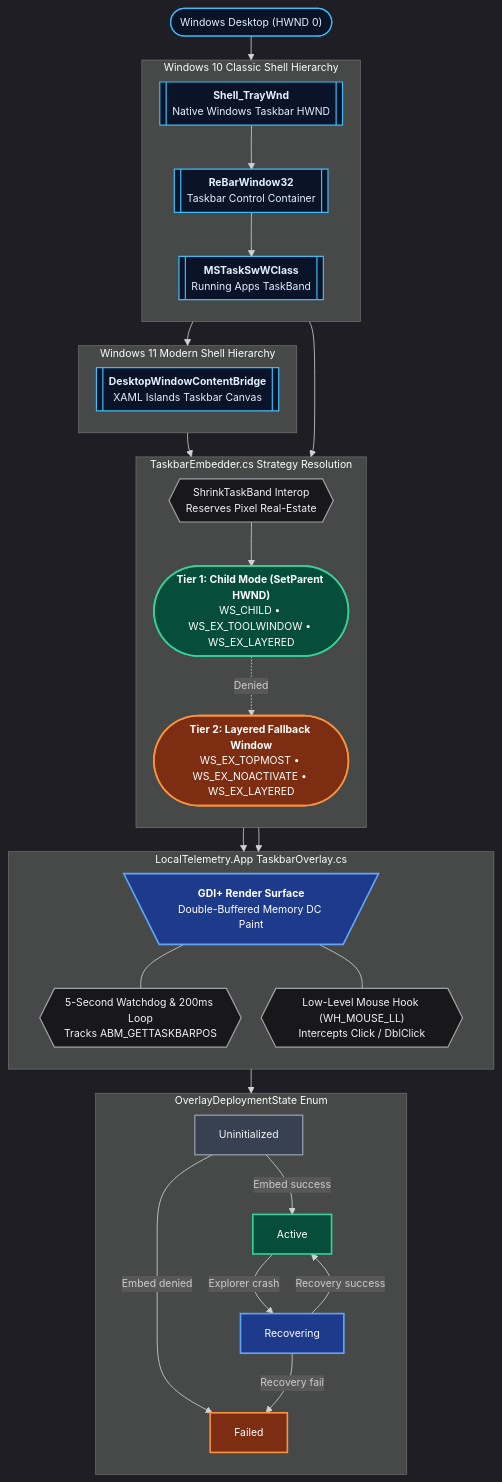
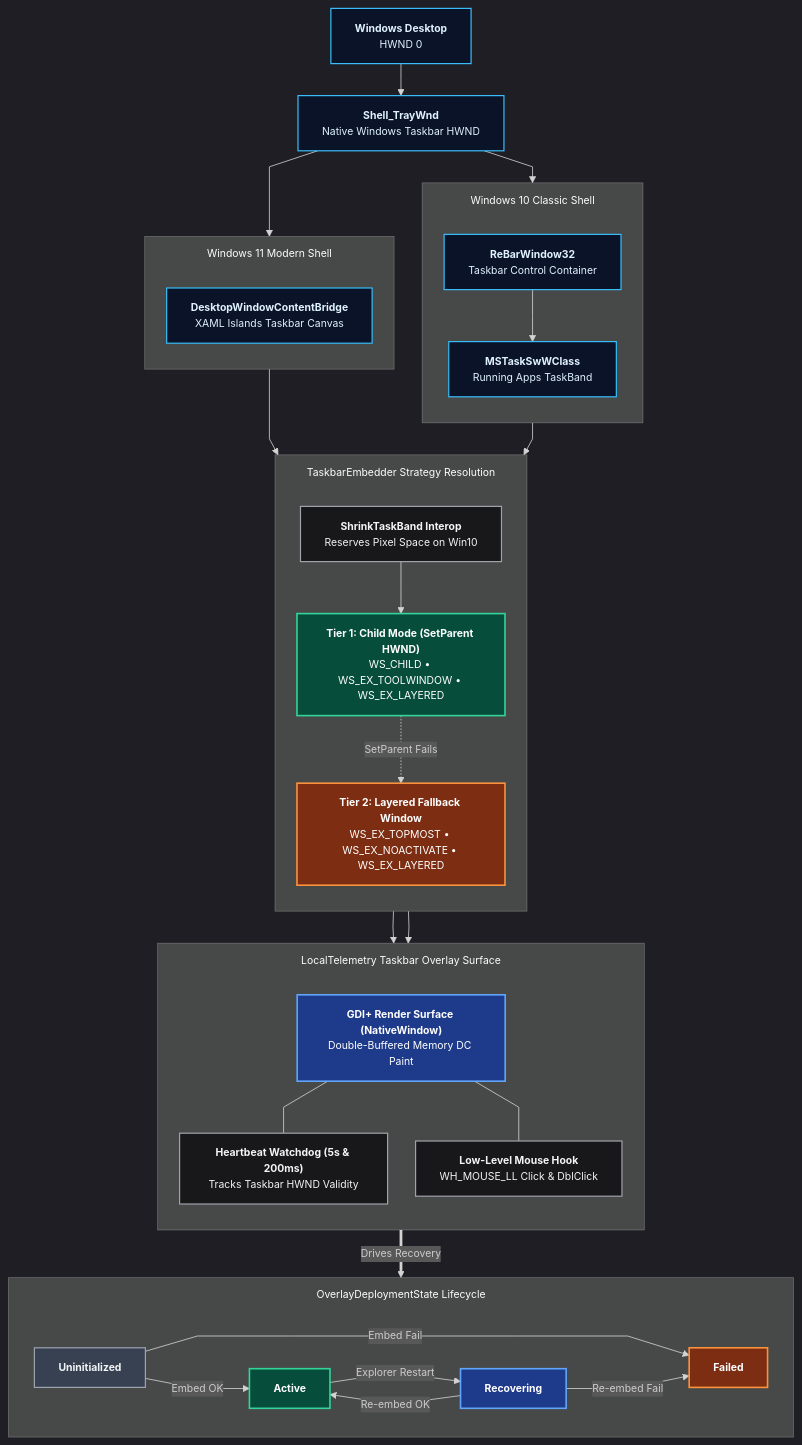
Before and after one commit to Nicconike/LocalTelemetry: the diagram in docs/latest/developer-guide/taskbar-overlay-interop.md, drawn with Mermaid. The commit also changed 89 other files, not shown here.

Commit message:
fix(taskbar): resolve overlay alignment offsets, release workflows, and analyzer issues

````diff
--- a/docs/latest/developer-guide/taskbar-overlay-interop.md
+++ b/docs/latest/developer-guide/taskbar-overlay-interop.md
@@ -9,74 +9,81 @@
 ```mermaid
-%%{init: {'theme': 'dark', 'themeVariables': {'fontSize': '13px'}, 'flowchart': {'nodeSpacing': 25, 'rankSpacing': 30, 'curve': 'basis'}}}%%
+%%{init: {'theme': 'dark', 'themeVariables': {'fontSize': '13px'}, 'flowchart': {'nodeSpacing': 35, 'rankSpacing': 40, 'subGraphTitleMargin': {'top': 12, 'bottom': 20}, 'curve': 'linear'}}}%%
 flowchart TD
-    Desktop(["Windows Desktop (HWND 0)"])
-    Tray[["<b>Shell_TrayWnd</b><br/>Native Windows Taskbar HWND"]]
-    Desktop --> Tray
+    %% 1. DESKTOP & TASKBAR ROOT
+    Desktop["<b>Windows Desktop</b><br/>HWND 0"] --> Tray["<b>Shell_TrayWnd</b><br/>Native Windows Taskbar HWND"]
 
-    subgraph Win10Arch["Windows 10 Classic Shell Hierarchy"]
+    %% 2. OS SHELL ARCHITECTURES (SIDE BY SIDE)
+    subgraph Win10Arch["Windows 10 Classic Shell"]
         direction TB
-        ReBar[["<b>ReBarWindow32</b><br/>Taskbar Control Container"]]
-        TaskSw[["<b>MSTaskSwWClass</b><br/>Running Apps TaskBand"]]
-        Tray --> ReBar
+        ReBar["<b>ReBarWindow32</b><br/>Taskbar Control Container"]
+        TaskSw["<b>MSTaskSwWClass</b><br/>Running Apps TaskBand"]
         ReBar --> TaskSw
     end
 
-    subgraph Win11Arch["Windows 11 Modern Shell Hierarchy"]
+    subgraph Win11Arch["Windows 11 Modern Shell"]
         direction TB
-        Win11Bridge[["<b>DesktopWindowContentBridge</b><br/>XAML Islands Taskbar Canvas"]]
-        Tray --> Win11Bridge
+        Win11Bridge["<b>DesktopWindowContentBridge</b><br/>XAML Islands Taskbar Canvas"]
     end
 
-    subgraph EmbeddingStrategy["TaskbarEmbedder.cs Strategy Resolution"]
+    Tray --> ReBar
+    Tray --> Win11Bridge
+
+    %% 3. EMBEDDING STRATEGY
+    subgraph EmbeddingStrategy["TaskbarEmbedder Strategy Resolution"]
         direction TB
-        ShrinkBand{{"ShrinkTaskBand Interop<br/>Reserves Pixel Real-Estate"}}
-        ChildMode(["<b>Tier 1: Child Mode (SetParent HWND)</b><br/>WS_CHILD • WS_EX_TOOLWINDOW • WS_EX_LAYERED"])
-        FallbackMode(["<b>Tier 2: Layered Fallback Window</b><br/>WS_EX_TOPMOST • WS_EX_NOACTIVATE • WS_EX_LAYERED"])
-    end
+        ShrinkBand["<b>ShrinkTaskBand Interop</b><br/>Reserves Pixel Space on Win10"]
+        ChildMode["<b>Tier 1: Child Mode (SetParent HWND)</b><br/>WS_CHILD • WS_EX_TOOLWINDOW • WS_EX_LAYERED"]
+        FallbackMode["<b>Tier 2: Layered Fallback Window</b><br/>WS_EX_TOPMOST • WS_EX_NOACTIVATE • WS_EX_LAYERED"]
 
-    subgraph DeploymentStateMachine["OverlayDeploymentState Enum"]
-        direction TB
-        StateInit["Uninitialized"]
-        StateActive["Active"]
-        StateFailed["Failed"]
-        StateRecov["Recovering"]
-
-        StateInit -->|Embed success| StateActive
-        StateInit -->|Embed denied| StateFailed
-        StateActive -->|Explorer crash| StateRecov
-        StateRecov -->|Recovery success| StateActive
-        StateRecov -->|Recovery fail| StateFailed
-    end
-
-    subgraph OverlayComponent["LocalTelemetry.App TaskbarOverlay.cs"]
-        direction TB
-        GdiSurface[\"<b>GDI+ Render Surface</b><br/>Double-Buffered Memory DC Paint"/]
-        Watchdog{{"5-Second Watchdog & 200ms Loop<br/>Tracks ABM_GETTASKBARPOS"}}
-        MouseHook{{"Low-Level Mouse Hook (WH_MOUSE_LL)<br/>Intercepts Click / DblClick"}}
+        ShrinkBand --> ChildMode
+        ChildMode -.->|"SetParent Fails"| FallbackMode
     end
 
     TaskSw --> ShrinkBand
     Win11Bridge --> ChildMode
-    ShrinkBand --> ChildMode
-    ChildMode -.->|Denied| FallbackMode
+
+    %% 4. TASKBAR OVERLAY SURFACE & RUNTIME
+    subgraph OverlayComponent["LocalTelemetry Taskbar Overlay Surface"]
+        direction TB
+        GdiSurface["<b>GDI+ Render Surface (NativeWindow)</b><br/>Double-Buffered Memory DC Paint"]
+        Watchdog["<b>Heartbeat Watchdog (5s & 200ms)</b><br/>Tracks Taskbar HWND Validity"]
+        MouseHook["<b>Low-Level Mouse Hook</b><br/>WH_MOUSE_LL Click & DblClick"]
+
+        GdiSurface --- Watchdog
+        GdiSurface --- MouseHook
+    end
 
     ChildMode --> GdiSurface
     FallbackMode --> GdiSurface
-    GdiSurface --- Watchdog
-    GdiSurface --- MouseHook
-    Watchdog --> DeploymentStateMachine
+
+    %% 5. DEPLOYMENT STATE MACHINE
+    subgraph DeploymentStateMachine["OverlayDeploymentState Lifecycle"]
+        direction LR
+        StateInit["<b>Uninitialized</b>"]
+        StateActive["<b>Active</b>"]
+        StateRecov["<b>Recovering</b>"]
+        StateFailed["<b>Failed</b>"]
+
+        StateInit -->|"Embed OK"| StateActive
+        StateInit -->|"Embed Fail"| StateFailed
+        StateActive -->|"Explorer Restart"| StateRecov
+        StateRecov -->|"Re-embed OK"| StateActive
+        StateRecov -->|"Re-embed Fail"| StateFailed
+    end
+
+    Watchdog ==>|"Drives Recovery"| StateRecov
 
     class Desktop,Tray,ReBar,TaskSw,Win11Bridge shellNode
     class ShrinkBand,Watchdog,MouseHook toolNode
     class ChildMode,StateActive childNode
     class FallbackMode,StateFailed fallbackNode
     class GdiSurface,StateRecov surfaceNode
     class StateInit initNode
 
     classDef shellNode fill:#0b1329,stroke:#38bdf8,stroke-width:1.5px,color:#e0f2fe
     classDef toolNode fill:#18181b,stroke:#a1a1aa,stroke-width:1.5px,color:#f4f4f5
     classDef childNode fill:#064e3b,stroke:#34d399,stroke-width:2px,color:#ffffff
     classDef fallbackNode fill:#7c2d12,stroke:#fb923c,stroke-width:2px,color:#ffffff
     classDef surfaceNode fill:#1e3a8a,stroke:#60a5fa,stroke-width:2px,color:#ffffff
     classDef initNode fill:#374151,stroke:#9ca3af,stroke-width:1.5px,color:#f3f4f6
 ```
````
